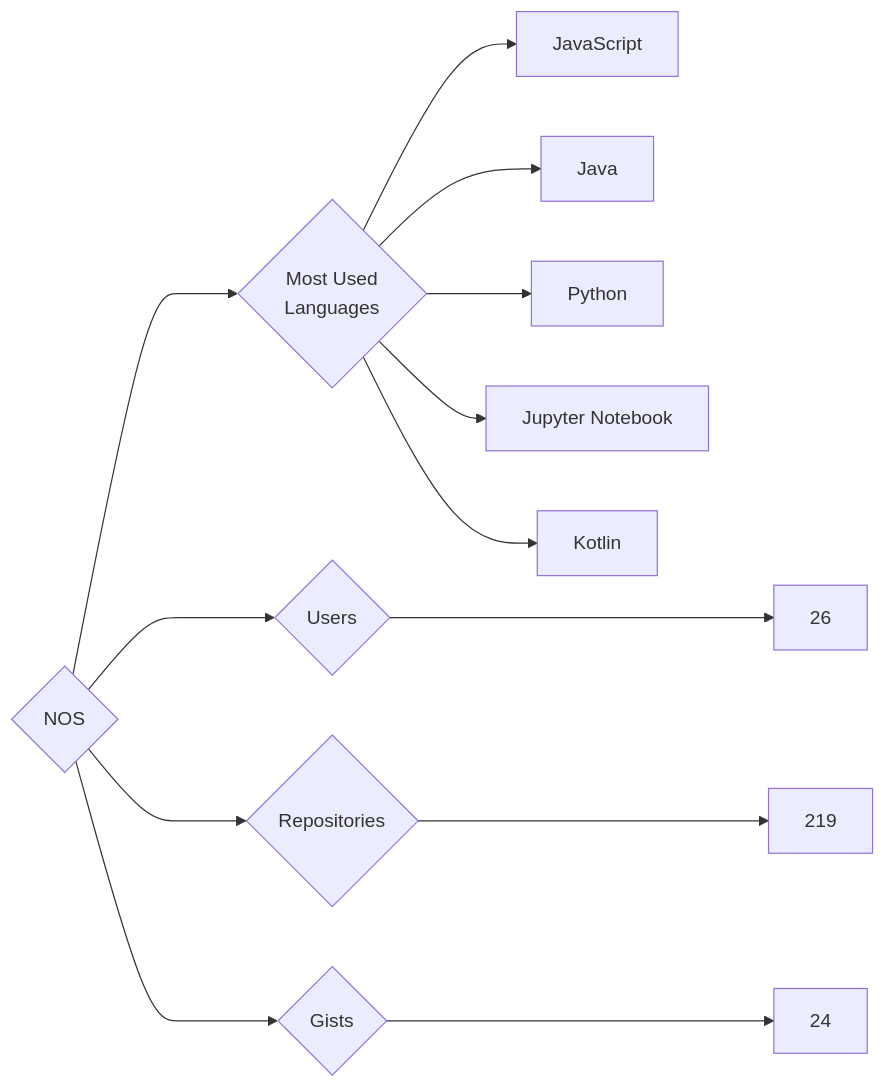
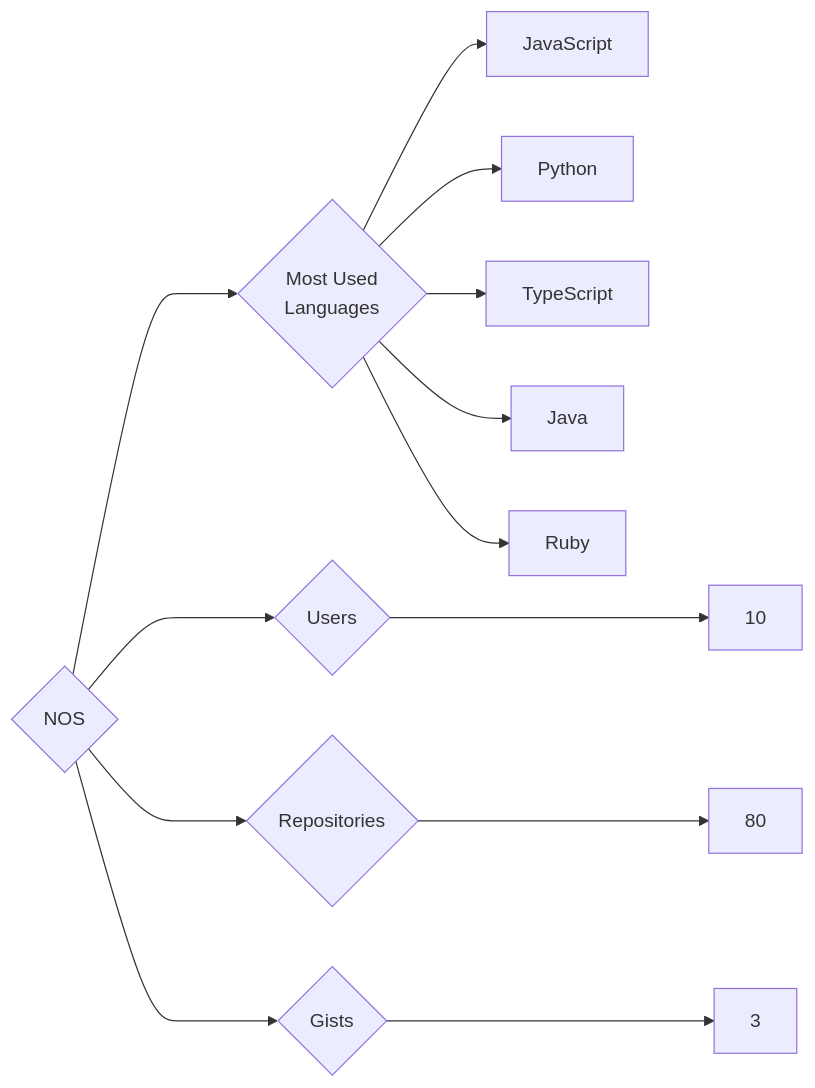
Before and after one commit to trickest/insiders: the diagram in targets/NOS/README.md, drawn with Mermaid. The commit also changed 976 other files, not shown here.

````diff
--- a/targets/NOS/README.md
+++ b/targets/NOS/README.md
@@ -3,13 +3,13 @@
 ```mermaid
 graph LR
 COMPANY_NAME{NOS}
-COMPANY_NAME ---> U{Users} ---> UN[26]
-COMPANY_NAME ---> R{Repositories} ---> RN[219]
-COMPANY_NAME ---> G{Gists} ---> GN[24]
+COMPANY_NAME ---> U{Users} ---> UN[10]
+COMPANY_NAME ---> R{Repositories} ---> RN[80]
+COMPANY_NAME ---> G{Gists} ---> GN[3]
 COMPANY_NAME ---> ML{Most Used<br>Languages}
 ML --> JavaScript[JavaScript]
+ML --> Python[Python]
+ML --> TypeScript[TypeScript]
 ML --> Java[Java]
-ML --> Python[Python]
-ML --> Jupyter_Notebook[Jupyter Notebook]
-ML --> Kotlin[Kotlin]
+ML --> Ruby[Ruby]
 ```
````
